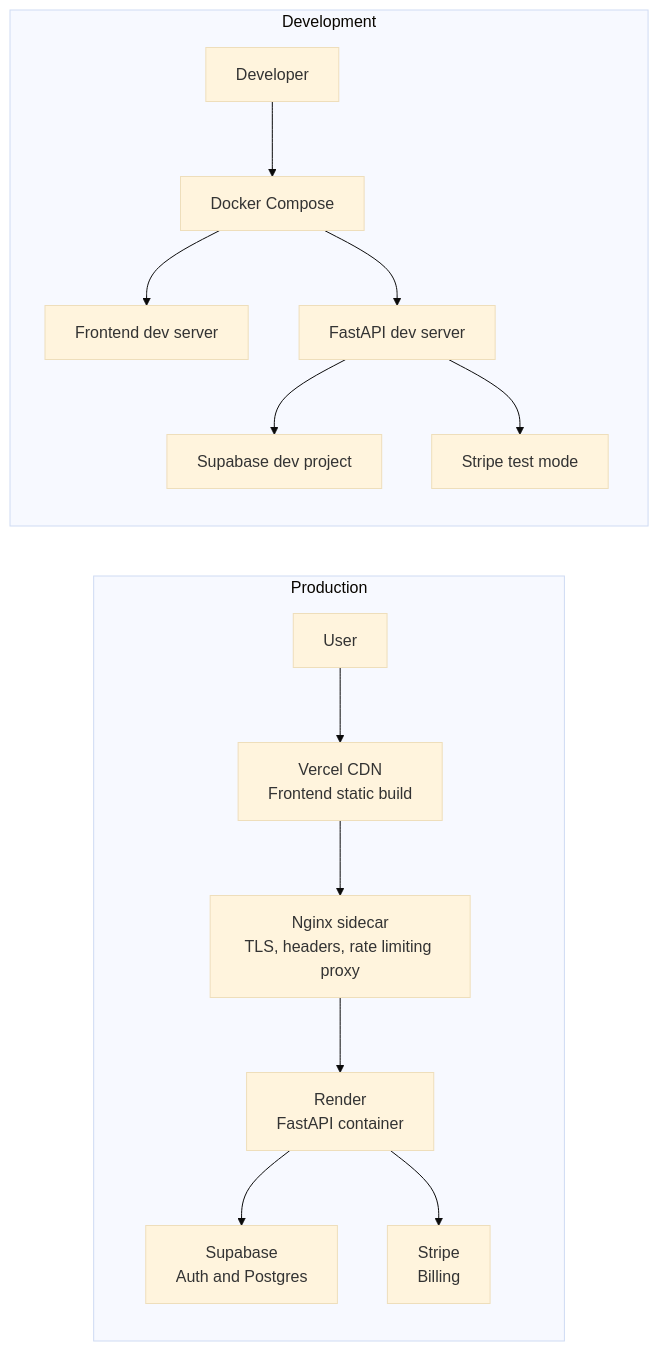
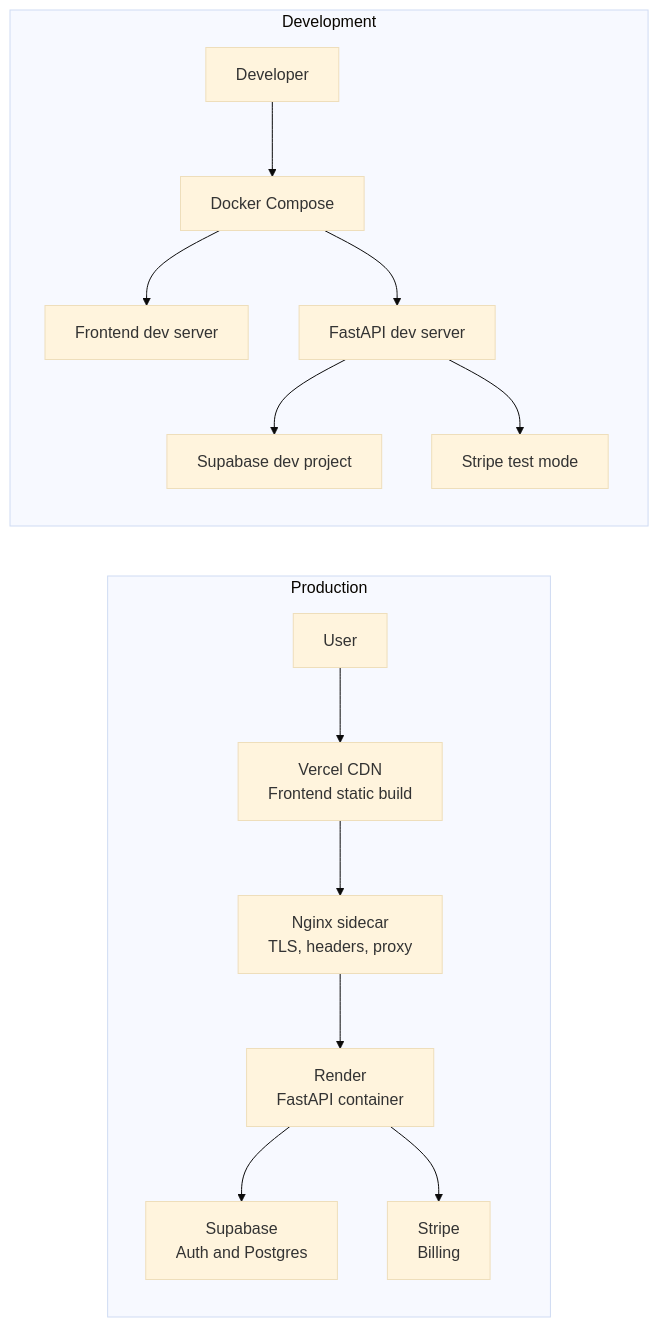
One commit to Aditya-Tripuraneni/Praxis changed the fourth of 4 diagrams in README.md. Above: the diagram before and after it, drawn with Mermaid (base theme). The commit also changed other lines of this file, not shown here.

````diff
--- a/README.md
+++ b/README.md
@@ -137,17 +137,17 @@
 ```mermaid
 graph LR
   subgraph Production
     User[User] --> Vercel[Vercel CDN\nFrontend static build]
-    Vercel --> Nginx[Nginx sidecar\nTLS, headers, rate limiting proxy]
+    Vercel --> Nginx[Nginx sidecar\nTLS, headers, proxy]
     Nginx --> Render[Render\nFastAPI container]
     Render --> Supabase[Supabase\nAuth and Postgres]
     Render --> Stripe[Stripe\nBilling]
   end
   subgraph Development
     Dev[Developer] --> Compose[Docker Compose]
     Compose --> DevFrontend[Frontend dev server]
     Compose --> DevAPI[FastAPI dev server]
     DevAPI --> DevSupabase[Supabase dev project]
     DevAPI --> DevStripe[Stripe test mode]
   end
 ```
````
